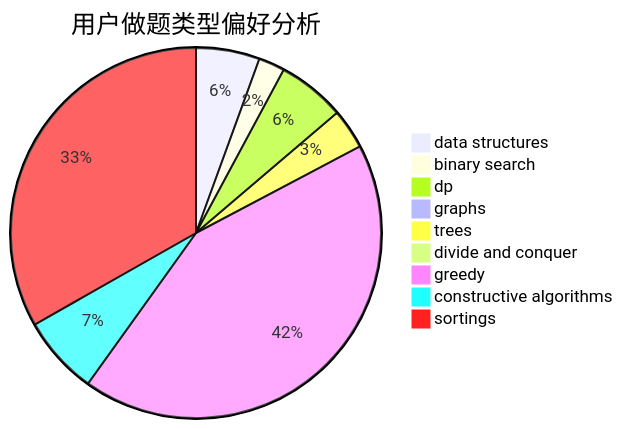
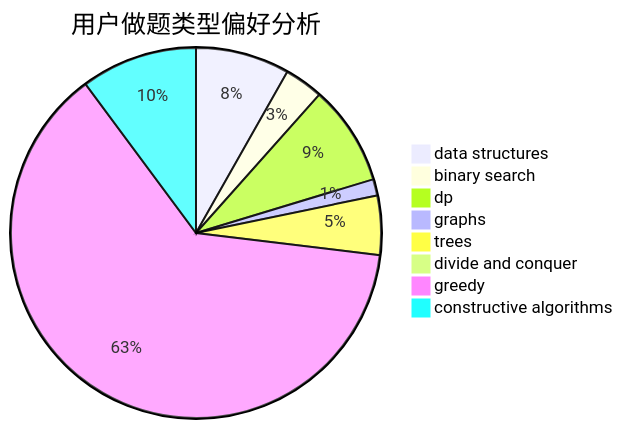
One commit to sherpahu/cfrs.github.io changed the second of 3 diagrams in docs/user/u784.md. Above: the diagram before and after it, drawn with Mermaid. The commit also changed other lines of this file and 2769 other files, not shown here.

````diff
--- a/docs/user/u784.md
+++ b/docs/user/u784.md
@@ -18,12 +18,11 @@
 ```mermaid
 pie title 用户做题类型偏好分析
     "data structures" :  46
     "binary search" :  19
     "dp" :  49
     "graphs" :  8
     "trees" :  29
     "divide and conquer" :  0
     "greedy" :  353
     "constructive algorithms" :  57
-    "sortings" :  275
 ```
````
